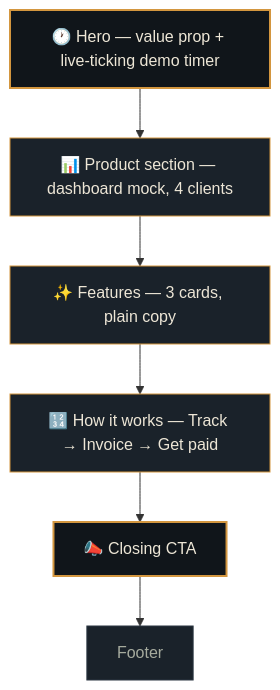
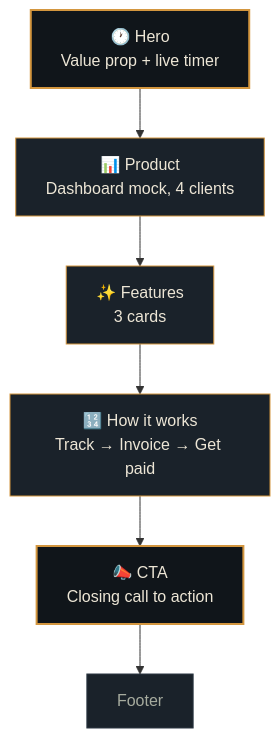
The diagram in README.md (HiteshTh/stint-landing), drawn with Mermaid before and after one commit.

Commit message:
Revise flowchart labels for better readability
Updated the flowchart in the README to improve clarity and formatting.

````diff
--- a/README.md
+++ b/README.md
@@ -66,15 +66,15 @@
 ```mermaid
 flowchart TD
-    A["🕐 Hero — value prop + live-ticking demo timer"] --> B["📊 Product section — dashboard mock, 4 clients"]
-    B --> C["✨ Features — 3 cards, plain copy"]
-    C --> D["🔢 How it works — Track → Invoice → Get paid"]
-    D --> E["📣 Closing CTA"]
+    A["🕐 Hero<br/>Value prop + live timer"] --> B["📊 Product<br/>Dashboard mock, 4 clients"]
+    B --> C["✨ Features<br/>3 cards"]
+    C --> D["🔢 How it works<br/>Track → Invoice → Get paid"]
+    D --> E["📣 CTA<br/>Closing call to action"]
     E --> F["Footer"]
 
     style A fill:#10151A,stroke:#D3963F,stroke-width:2px,color:#EDE6D6
     style B fill:#1A222A,stroke:#D3963F,color:#EDE6D6
     style C fill:#1A222A,stroke:#D3963F,color:#EDE6D6
     style D fill:#1A222A,stroke:#D3963F,color:#EDE6D6
     style E fill:#10151A,stroke:#D3963F,stroke-width:2px,color:#EDE6D6
     style F fill:#1A222A,stroke:#2C3742,color:#A6AB9E
 ```
````
